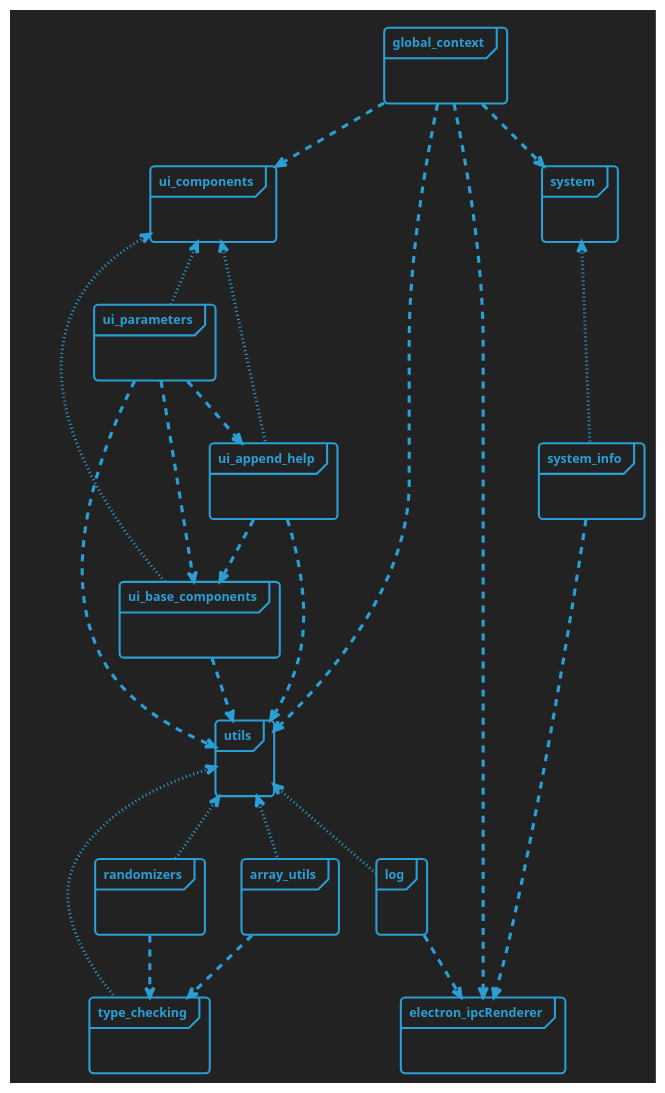
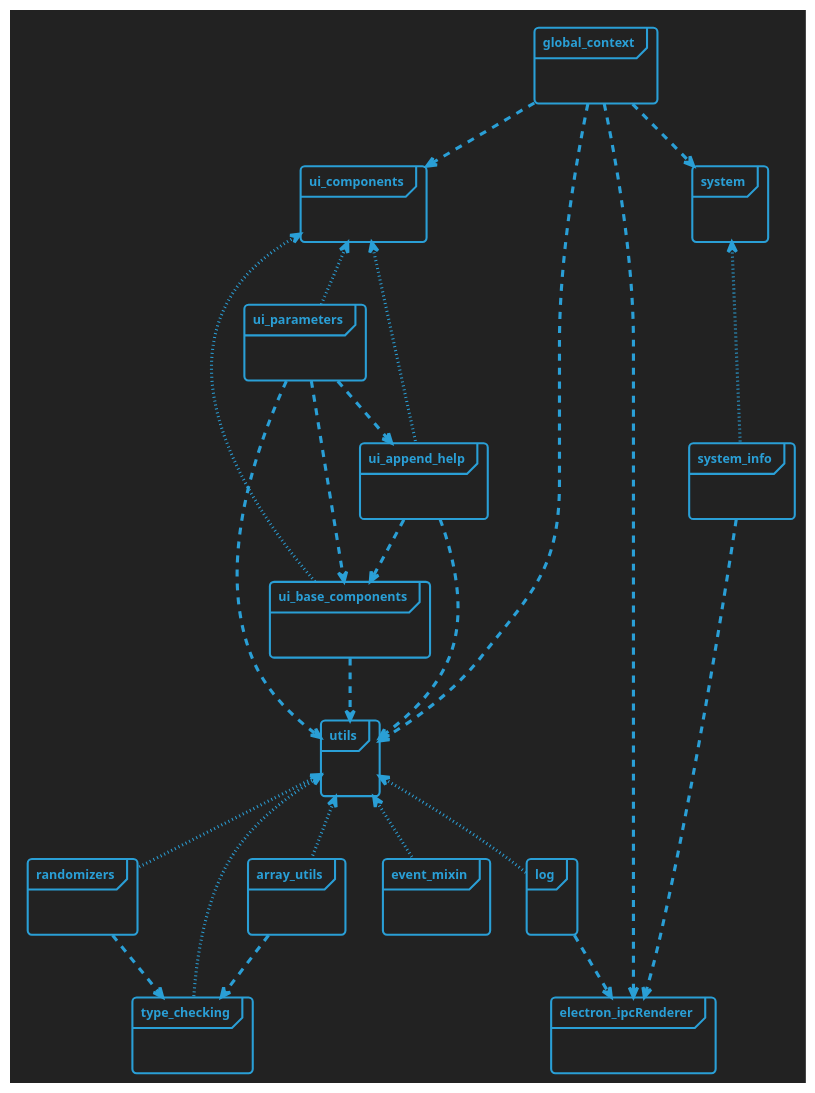
The diagram in docs/modules.plantuml (Picorims/wav2bar), drawn with PlantUML before and after one commit. The commit also changed 5 other files, not shown here.

Commit message:
add event mixin

```diff
--- a/docs/modules.plantuml
+++ b/docs/modules.plantuml
@@ -3,56 +3,59 @@
 @startuml "modules
 !theme cyborg-outline
 skinparam BackgroundColor #222222
 skinparam PackageStyle frame
 
 'package: dotted = export, otherwise = import
 
 package "global_context" {}
 global_context ..> utils
 global_context ..> ui_components
 global_context ..> system
 global_context ..> electron_ipcRenderer
 
 package "system" {}
 system <.[dotted]. system_info
 
 package "electron_ipcRenderer" {}
 
 package "system_info" {}
 system_info ..> electron_ipcRenderer
 
 package "ui_components" {}
 ui_components <.[dotted]. ui_base_components
 ui_components <.[dotted]. ui_parameters
 ui_components <.[dotted]. ui_append_help
 
 package "ui_base_components" {}
 ui_base_components ..> utils
 
 package "ui_parameters" {}
 ui_parameters ..> utils
 ui_parameters ..> ui_base_components
 ui_parameters ..> ui_append_help
 
 package "ui_append_help" {}
 ui_append_help ..> utils
 ui_append_help ..> ui_base_components
 
 package "utils" {}
 utils <.[dotted]. type_checking
 utils <.[dotted]. randomizers
 utils <.[dotted]. array_utils
 utils <.[dotted]. log
+utils <.[dotted]. event_mixin
 
 package "array_utils" {}
 array_utils ..> type_checking
 
 package "randomizers" {}
 randomizers ..> type_checking
 
 package "type_checking" {}
 
 package "log" {}
 log ..> electron_ipcRenderer
 
+package "event_mixin" {}
+
 @enduml
```
